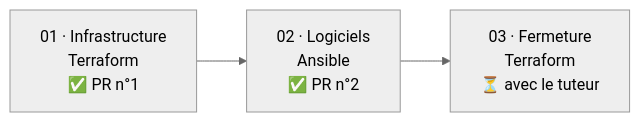
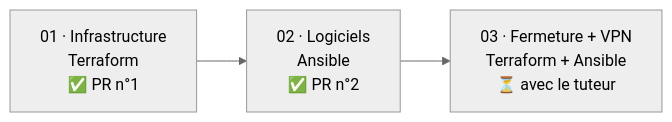
Before and after one commit to thomaspeyr31/Doc: the first of 12 diagrams in README.md, drawn with Mermaid (neutral theme). The commit also changed other lines of this file, not shown here.

First line of the commit message:
docs: switch access to VPN and compare VPN options

````diff
--- a/README.md
+++ b/README.md
@@ -77,5 +81,5 @@
 ```mermaid
 flowchart LR
     A["01 · Infrastructure<br/>Terraform<br/>✅ PR n°1"] --> B["02 · Logiciels<br/>Ansible<br/>✅ PR n°2"]
-    B --> C["03 · Fermeture<br/>Terraform<br/>⏳ avec le tuteur"]
+    B --> C["03 · Fermeture + VPN<br/>Terraform + Ansible<br/>⏳ avec le tuteur"]
 ```
````
